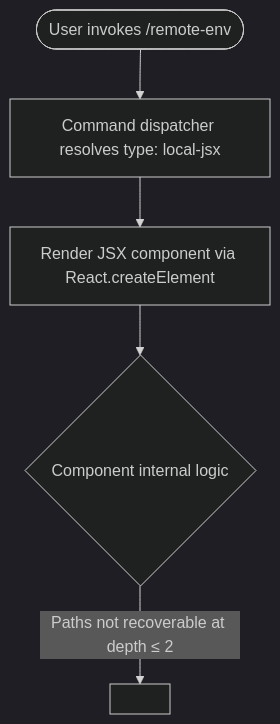
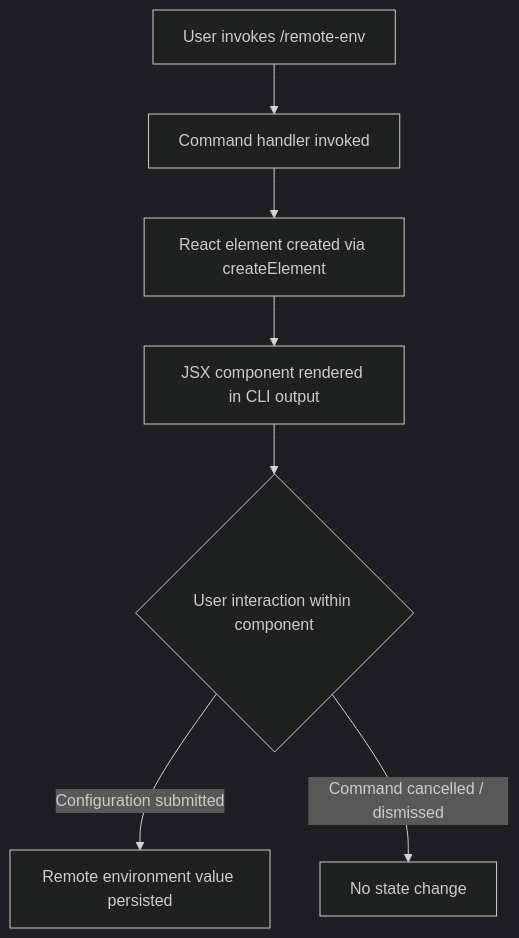
One commit to MyLittleLuckyDog/cc-gnothi changed the diagram in versions/v2.1.143/remote-env.md. Above: the diagram before and after it, drawn with Mermaid (dark theme). The commit also changed other lines of this file and 87 other files, not shown here.

````diff
--- a/versions/v2.1.143/remote-env.md
+++ b/versions/v2.1.143/remote-env.md
@@ -46,7 +45,9 @@
 ```mermaid
 flowchart TD
-    A([User invokes /remote-env]) --> B[Command dispatcher resolves type: local-jsx]
-    B --> C[Render JSX component via React.createElement]
-    C --> D{Component internal logic}
-    D -->|Paths not recoverable at depth ≤ 2| E[<!-- TODO: not found in depth-2 traversal; needs --depth 4 -->]
+    A[User invokes /remote-env] --> B[Command handler invoked]
+    B --> C[React element created via createElement]
+    C --> D[JSX component rendered in CLI output]
+    D --> E{User interaction within component}
+    E -->|Configuration submitted| F[Remote environment value persisted]
+    E -->|Command cancelled / dismissed| G[No state change]
 ```
````
